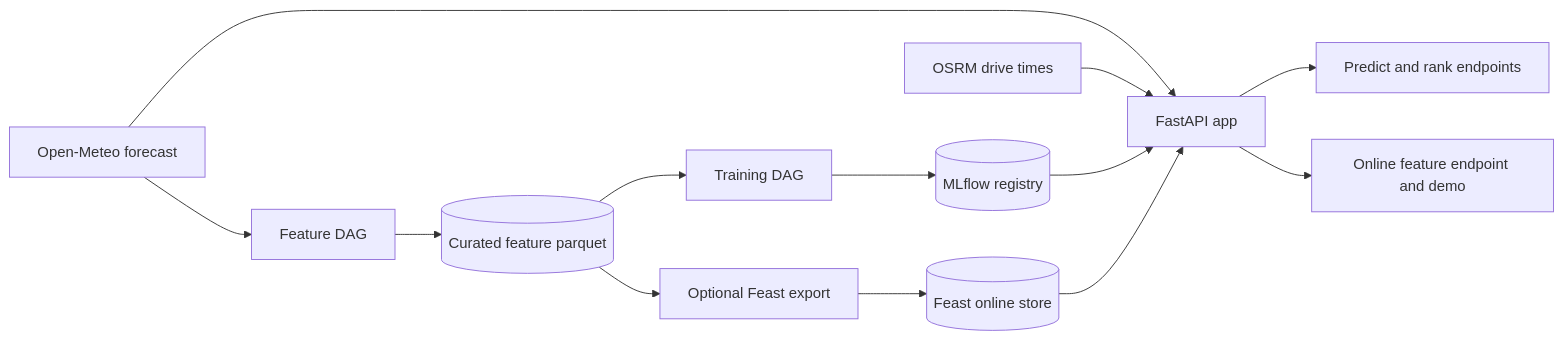
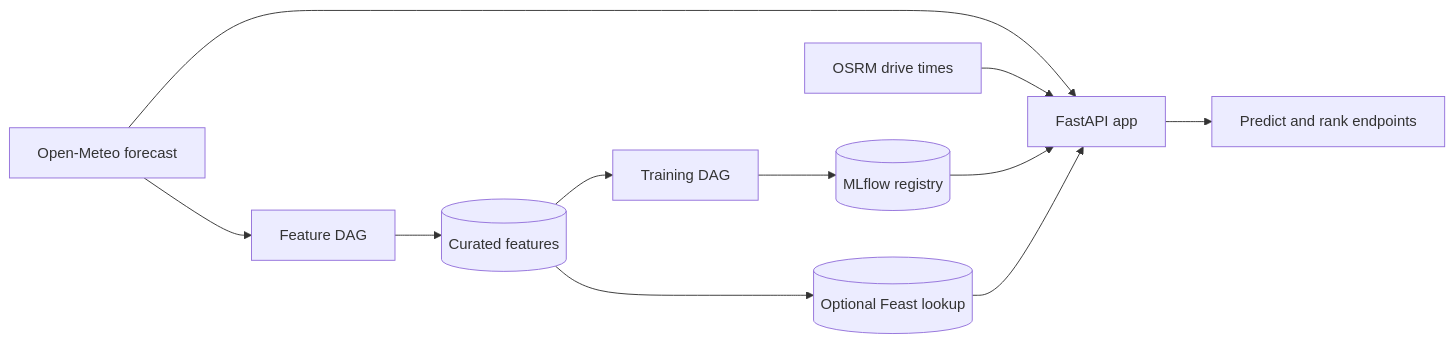
One commit to javihslu/foehncast changed the diagram in docs/site/index.md. Above: the diagram before and after it, drawn with Mermaid. The commit also changed other lines of this file and 9 other files, not shown here.

```diff
--- a/docs/site/index.md
+++ b/docs/site/index.md
@@ -41,17 +27,15 @@
 <div class="mermaid">
 flowchart LR
     OME[Open-Meteo forecast] --> FEAT[Feature DAG]
-    FEAT --> PAR[(Curated feature parquet)]
+    FEAT --> PAR[(Curated features)]
     PAR --> TRAIN[Training DAG]
     TRAIN --> MLF[(MLflow registry)]
 
     OME --> APP[FastAPI app]
     OSRM[OSRM drive times] --> APP
     MLF --> APP
     APP --> API[Predict and rank endpoints]
 
-    PAR --> FEXP[Optional Feast export]
-    FEXP --> FEAST[(Feast online store)]
+    PAR --> FEAST[(Optional Feast lookup)]
     FEAST --> APP
-    APP --> FEATAPI[Online feature endpoint and demo]
 </div>
```
